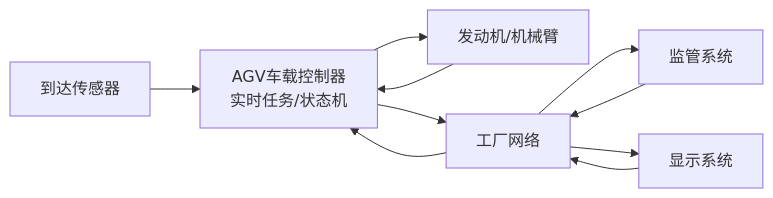
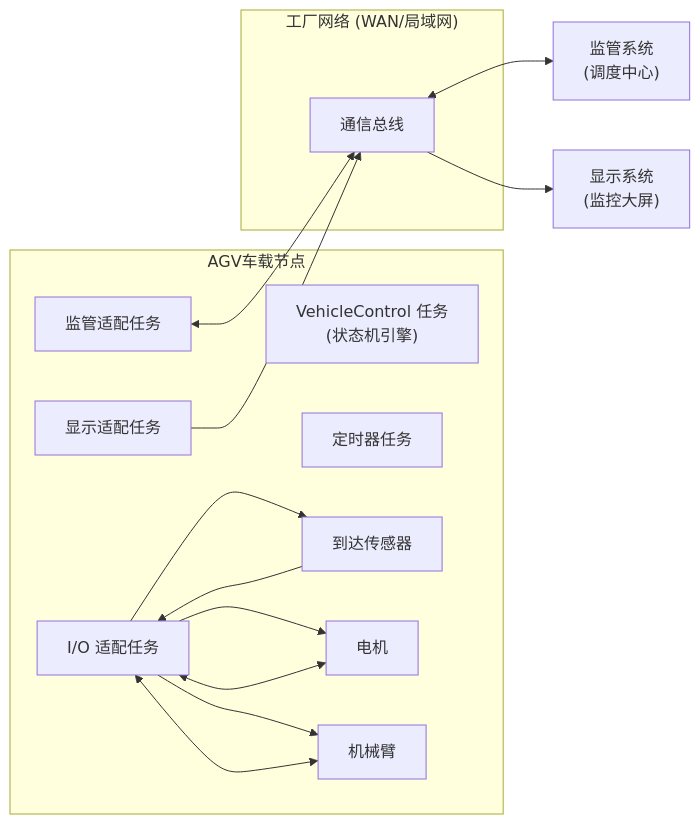
One commit to GodLiangJingYu/MyCodeResource changed the seventh of 8 diagrams in 软件架构设计/实验/实验4/提交/2023302855 梁景毓 ex4.md. Above: the diagram before and after it, drawn with Mermaid. The commit also changed other lines of this file and 138 other files, not shown here.

````diff
--- a/软件架构设计/实验/实验4/提交/2023302855 梁景毓 ex4.md
+++ b/软件架构设计/实验/实验4/提交/2023302855 梁景毓 ex4.md
@@ -249,19 +442,32 @@
 ```mermaid
 flowchart LR
-AGV["AGV车载控制器\n实时任务/状态机"]
-Sensors["到达传感器"]
-Actuators["发动机/机械臂"]
-WAN["工厂网络"]
-Supervisory["监管系统"]
-Display["显示系统"]
+subgraph AGV车载节点
+    TaskVC["VehicleControl 任务\n(状态机引擎)"]
+    TaskIO["I/O 适配任务"]
+    TaskTimer["定时器任务"]
+    TaskSA["监管适配任务"]
+    TaskDA["显示适配任务"]
+    Sensors["到达传感器"]
+    Motor["电机"]
+    Arm["机械臂"]
+    
+    TaskIO --> Sensors
+    TaskIO --> Motor
+    TaskIO --> Arm
+end
 
-Sensors --> AGV
-Actuators --> AGV
-AGV --> Actuators
-AGV --> WAN
-WAN --> AGV
-WAN --> Supervisory
-Supervisory --> WAN
-WAN --> Display
-Display --> WAN
+subgraph 工厂网络["工厂网络 (WAN/局域网)"]
+    Comm["通信总线"]
+end
+
+Supervisory["监管系统\n(调度中心)"]
+Display["显示系统\n(监控大屏)"]
+
+TaskSA <--> Comm
+Comm <--> Supervisory
+TaskDA --> Comm
+Comm --> Display
+Sensors --> TaskIO
+Motor <--> TaskIO
+Arm <--> TaskIO
 ```
````
